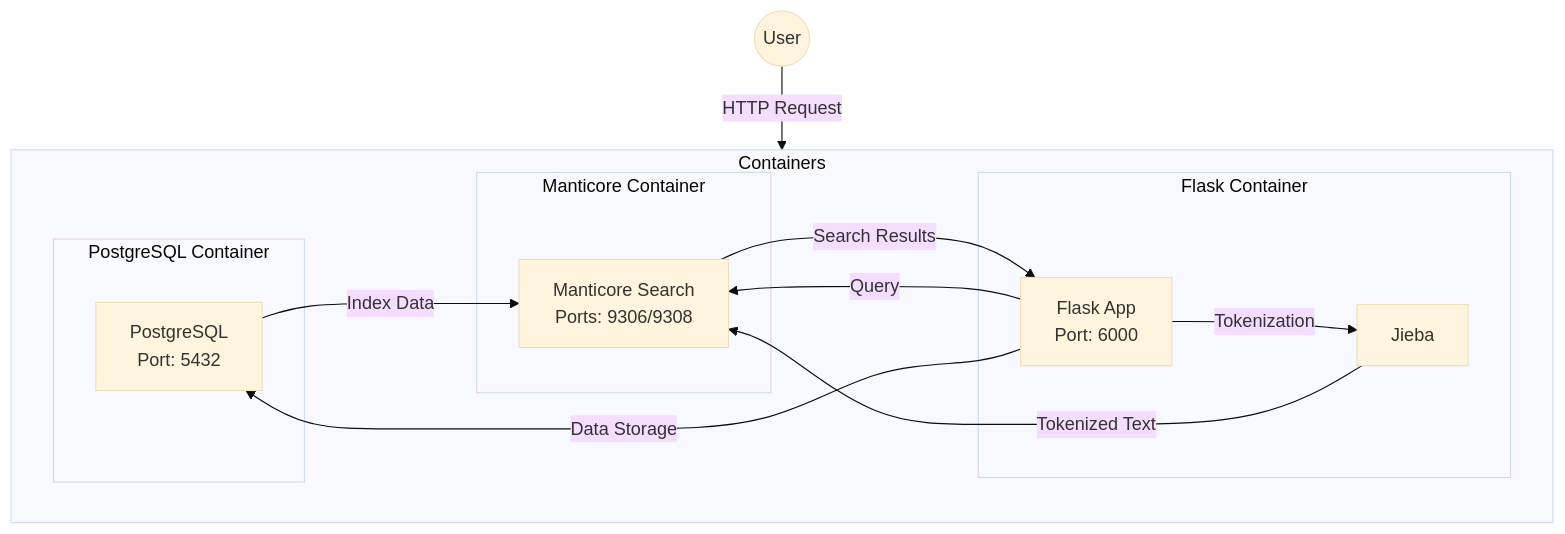
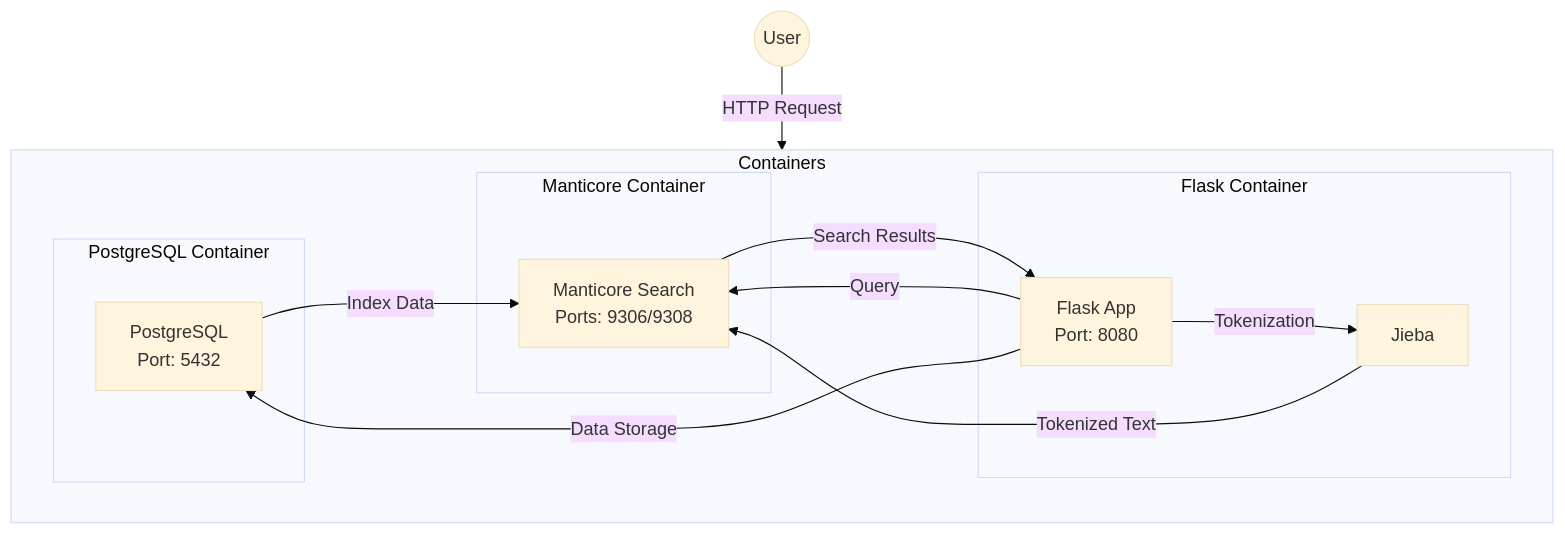
Before and after one commit to liweinan/manticoresearch-example: the diagram in README.md, drawn with Mermaid (base theme). The commit also changed other lines of this file and 1 other file, not shown here.

Commit message:
fix: Change port from 6000 to 8080 to avoid browser restrictions

````diff
--- a/README.md
+++ b/README.md
@@ -7,28 +7,28 @@
 ```mermaid
 graph TD
     Client((User)) --> |HTTP Request| Flask
 
     subgraph Containers
         direction LR
         subgraph Flask Container
-            Flask[Flask App<br>Port: 6000]
+            Flask[Flask App<br>Port: 8080]
             Jieba[Jieba]
             Flask --> |Tokenization| Jieba
         end
 
         subgraph Manticore Container
             Manticore[Manticore Search<br>Ports: 9306/9308]
         end
 
         subgraph PostgreSQL Container
             PostgreSQL[PostgreSQL<br>Port: 5432]
         end
     end
 
     %% Data Flow
     Flask --> |Query| Manticore
     Flask --> |Data Storage| PostgreSQL
     Jieba --> |Tokenized Text| Manticore
     PostgreSQL --> |Index Data| Manticore
     Manticore --> |Search Results| Flask
 ```
````
